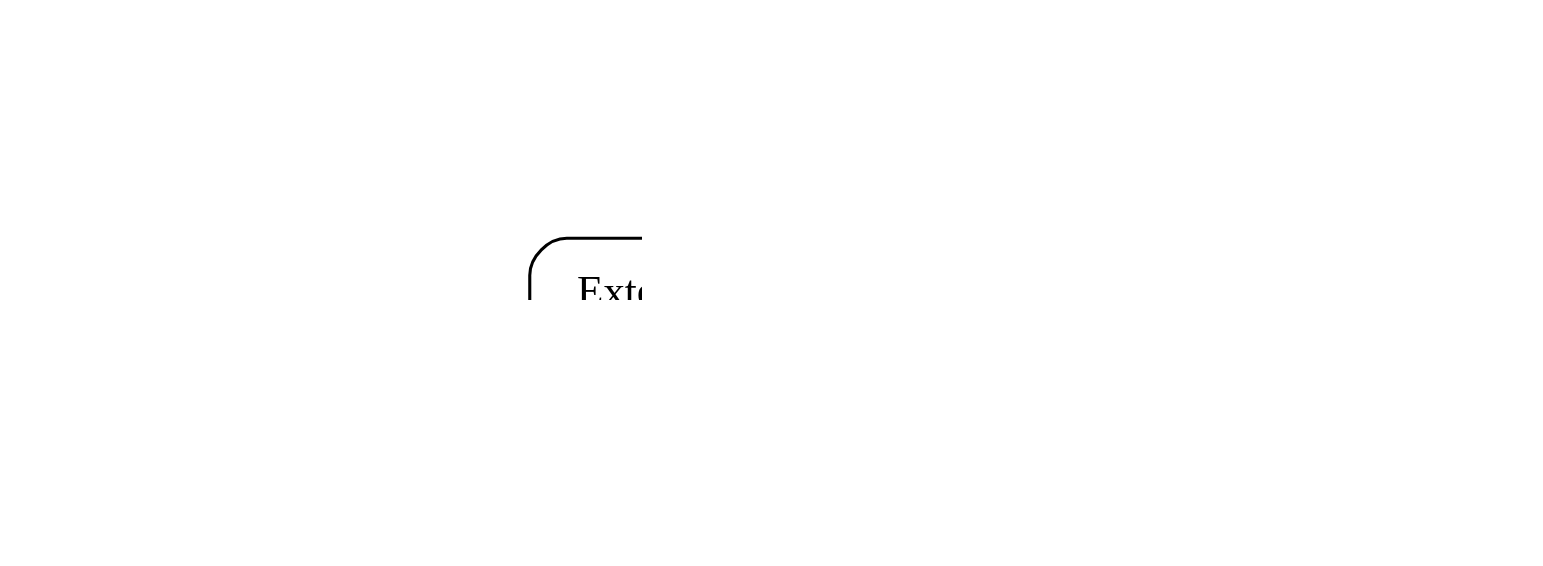
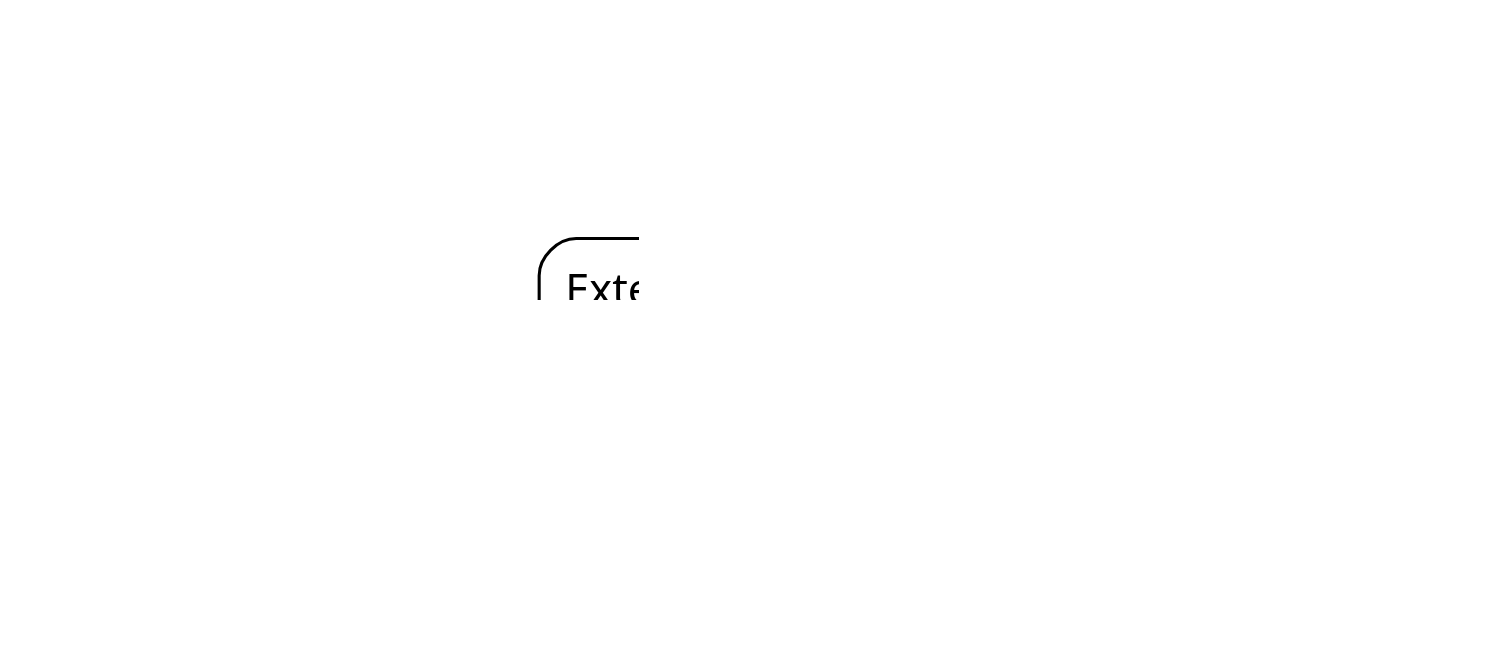
One commit to inponomarev/dsl-talk changed diagram 14 of 14 in slides/src/main/asciidoc/lecture.adoc. Above: the diagram before and after it, drawn with Graphviz. The commit also changed other lines of this file and 2 other files, not shown here.

```diff
--- a/slides/src/main/asciidoc/lecture.adoc
+++ b/slides/src/main/asciidoc/lecture.adoc
@@ -329,20 +741,41 @@
 [graphviz]
 ----
 digraph G {
 
-graph [ dpi = 180 ];
-node[shape="block",style="rounded,filled", fillcolor="#ffffff"]
+graph [ fontname="Sans"; dpi = 180 ];
+node[fontname="Sans",shape="block",style="rounded,filled", fillcolor="#ffffff"]
 DSLs;
 DSLs->External;
 DSLs->Internal[];
+External->B[];
 External->A[];
-External->B[];
 Internal[];
 Internal->C[];
 Internal->D[]
 A[label="Designed\nfrom scratch"];
 B[label="Based\non JSON/YAML/XML"];
 C[label="Dynamically\ntyped"];
 D[label="Statically\ntyped"];
+
+subgraph cluster_0 {
+  A;
+  B;
+  style="filled";
+  color="#a2d149";
+  label="NOT an executable code*";
+  labelloc="b";
 }
+
+subgraph cluster_1 {
+  C;
+  D;
+  style="filled";
+  color="#ff6666";
+  label="Executable code";
+  labelloc="b";
+}
+
+}
+
+
 ----
```
